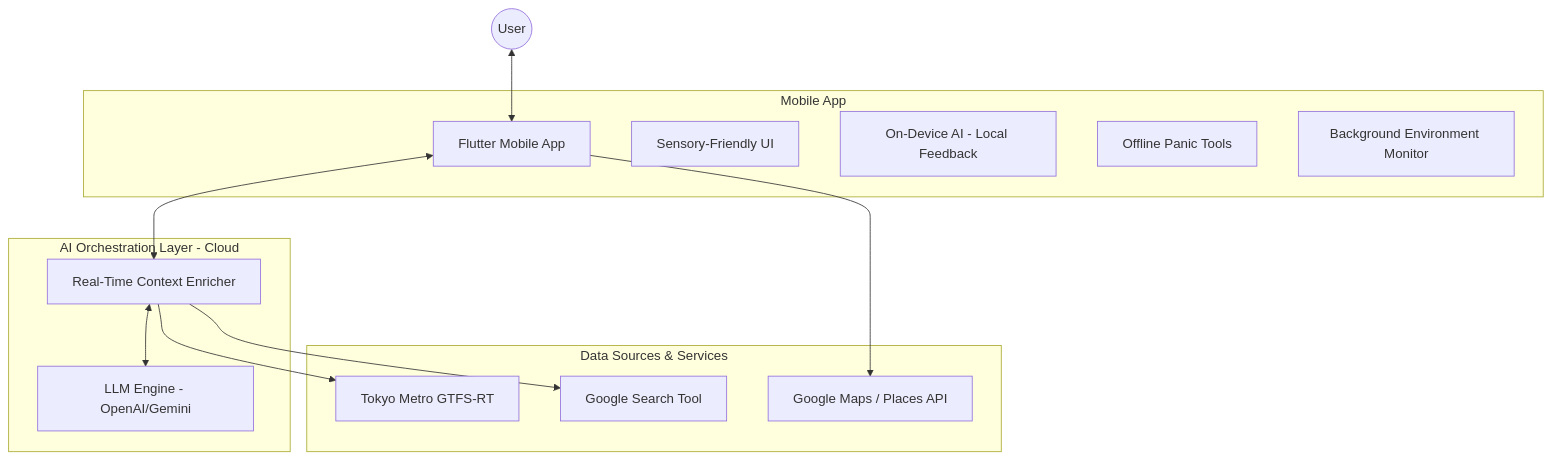
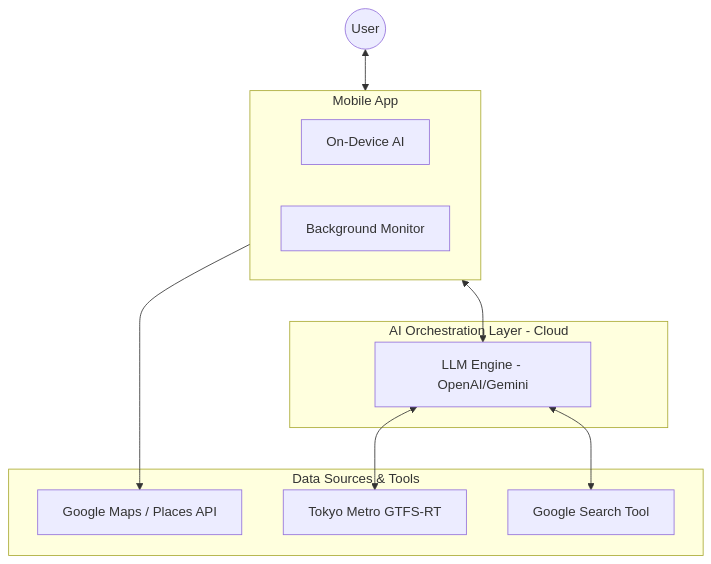
Before and after one commit to keiseiisobe/pocket-secure-base: the diagram in docs/ARCHITECTURE.md, drawn with Mermaid. The commit also changed other lines of this file, not shown here.

Commit message:
applied agentic approach

````diff
--- a/docs/ARCHITECTURE.md
+++ b/docs/ARCHITECTURE.md
@@ -9,34 +9,29 @@
 ```mermaid
 graph TD
     %% User Layer
-    User((User)) <--> MobileApp
+    User((User)) <--> MobileApp_Block
 
     %% Mobile App Components
     subgraph MobileApp_Block [Mobile App]
-        MobileApp[Flutter Mobile App]
-        UI[Sensory-Friendly UI]
-        LocalAI[On-Device AI - Local Feedback]
-        PanicSupport[Offline Panic Tools]
-        BackgroundMonitor[Background Environment Monitor]
+        LocalAI[On-Device AI]
+        BackgroundMonitor[Background Monitor]
     end
 
     %% Cloud / Backend Layer
     subgraph Cloud_Orchestrator [AI Orchestration Layer - Cloud]
         LLM[LLM Engine - OpenAI/Gemini]
-        DataEnricher[Real-Time Context Enricher]
     end
 
-    %% External Data Sources
-    subgraph External_APIs [Data Sources & Services]
+    %% External Data Sources (Tools)
+    subgraph External_APIs [Data Sources & Tools]
         GMap[Google Maps / Places API]
         ODPT[Tokyo Metro GTFS-RT]
         GSearch[Google Search Tool]
     end
 
     %% Connections
-    MobileApp <--> DataEnricher
-    DataEnricher <--> LLM
-    DataEnricher --> ODPT
-    DataEnricher --> GSearch
-    MobileApp --> GMap
+    MobileApp_Block <--> LLM
+    LLM <--> ODPT
+    LLM <--> GSearch
+    MobileApp_Block --> GMap
 ```
````
